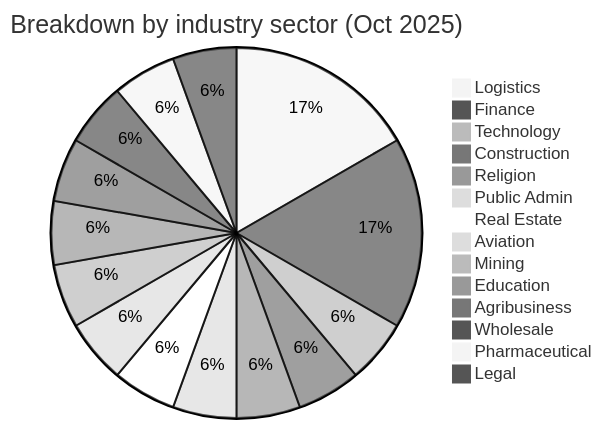
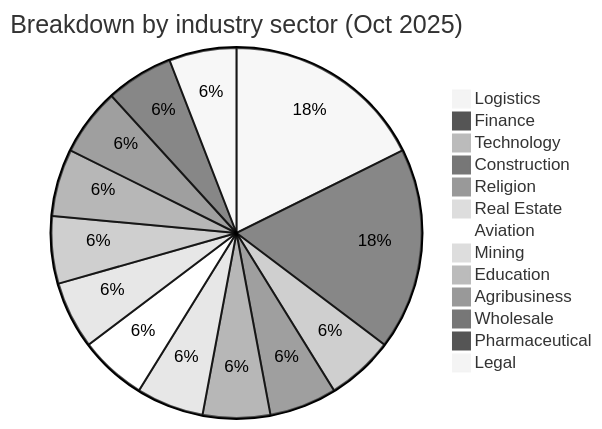
Before and after one commit to Hatchepsoute/AFRINTEL: the second of 5 diagrams in reports/2025/10-october/README.md, drawn with Mermaid (neutral theme). The commit also changed other lines of this file and 14 other files, not shown here.

````diff
--- a/reports/2025/10-october/README.md
+++ b/reports/2025/10-october/README.md
@@ -89,17 +83,16 @@
 ```mermaid
 pie title Breakdown by industry sector (Oct 2025)
     "Logistics" : 3
     "Finance" : 3
     "Technology" : 1
     "Construction" : 1
     "Religion" : 1
-    "Public Admin" : 1
     "Real Estate" : 1
     "Aviation" : 1
     "Mining" : 1
     "Education" : 1
     "Agribusiness" : 1
     "Wholesale" : 1
     "Pharmaceutical" : 1
     "Legal" : 1
 ```
````
